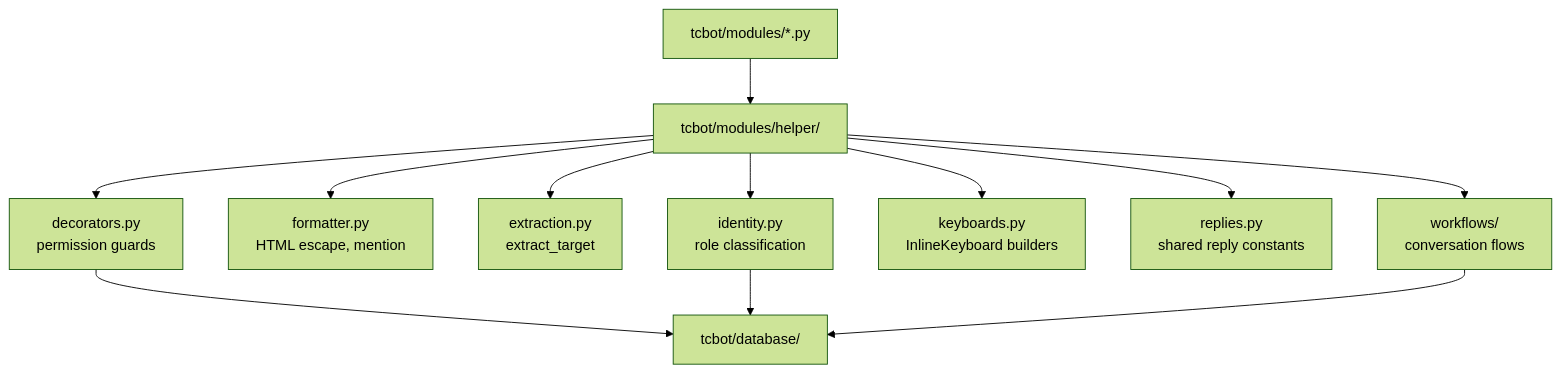
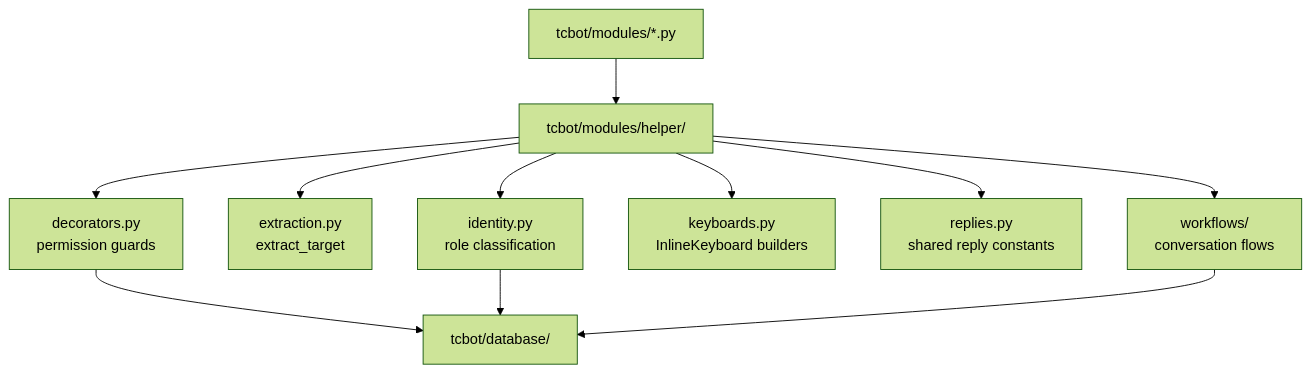
Before and after one commit to D1ZZY4/tgbot_tcf: the diagram in docs/architecture/helpers.md, drawn with Mermaid (forest theme). The commit also changed other lines of this file and 43 other files, not shown here.

First line of the commit message:
refactor(formatter): single source with helper shim removed

````diff
--- a/docs/architecture/helpers.md
+++ b/docs/architecture/helpers.md
@@ -9,14 +9,13 @@
 ```mermaid
 flowchart TD
     Modules[tcbot/modules/*.py] --> Helper[tcbot/modules/helper/]
     Helper --> Decorators[decorators.py<br/>permission guards]
-    Helper --> Formatter[formatter.py<br/>HTML escape, mention]
     Helper --> Extraction[extraction.py<br/>extract_target]
     Helper --> Identity[identity.py<br/>role classification]
     Helper --> Keyboards[keyboards.py<br/>InlineKeyboard builders]
     Helper --> Replies[replies.py<br/>shared reply constants]
     Helper --> Workflows[workflows/<br/>conversation flows]
     Decorators --> DB[tcbot/database/]
     Identity --> DB
     Workflows --> DB
 ```
````
